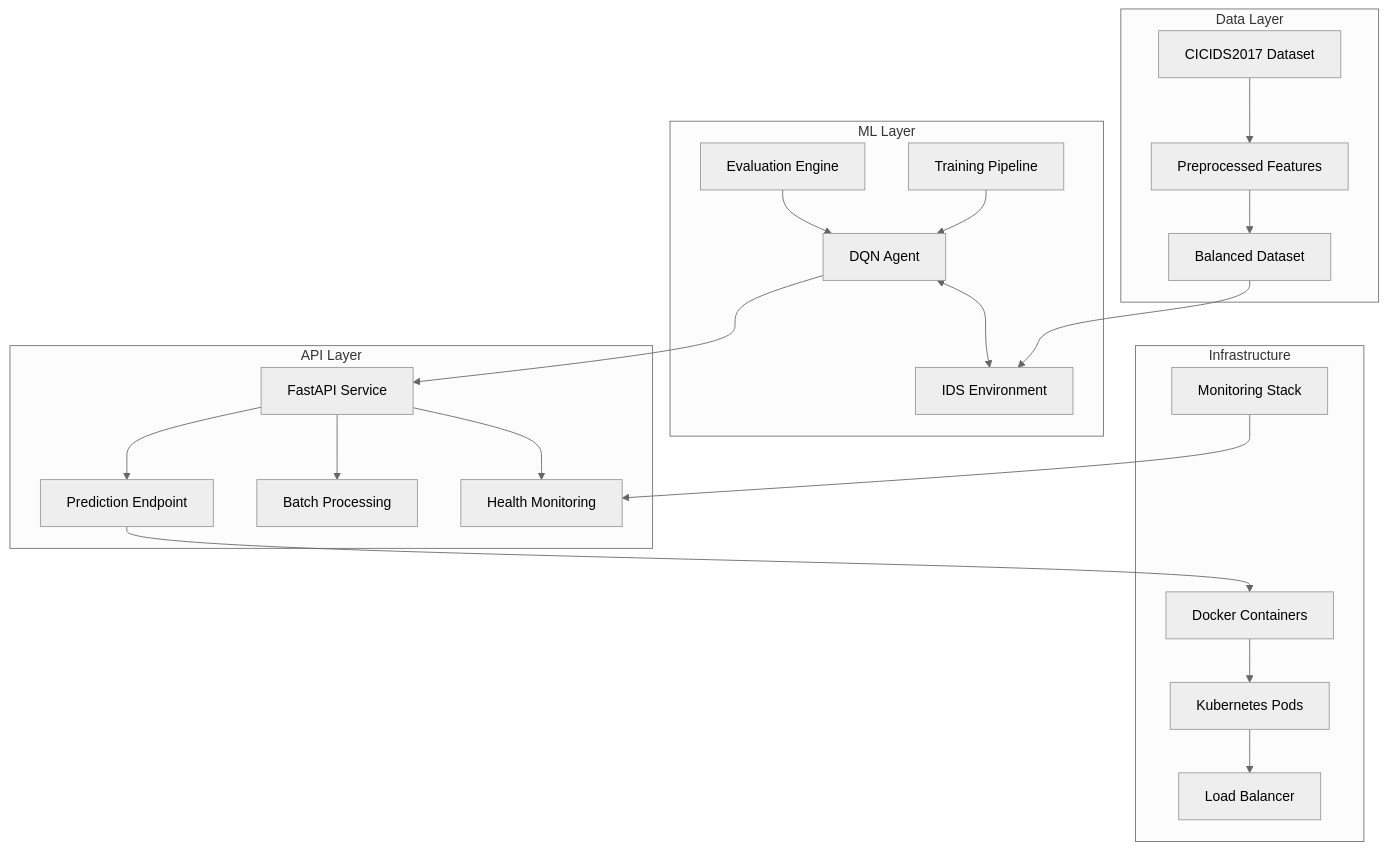
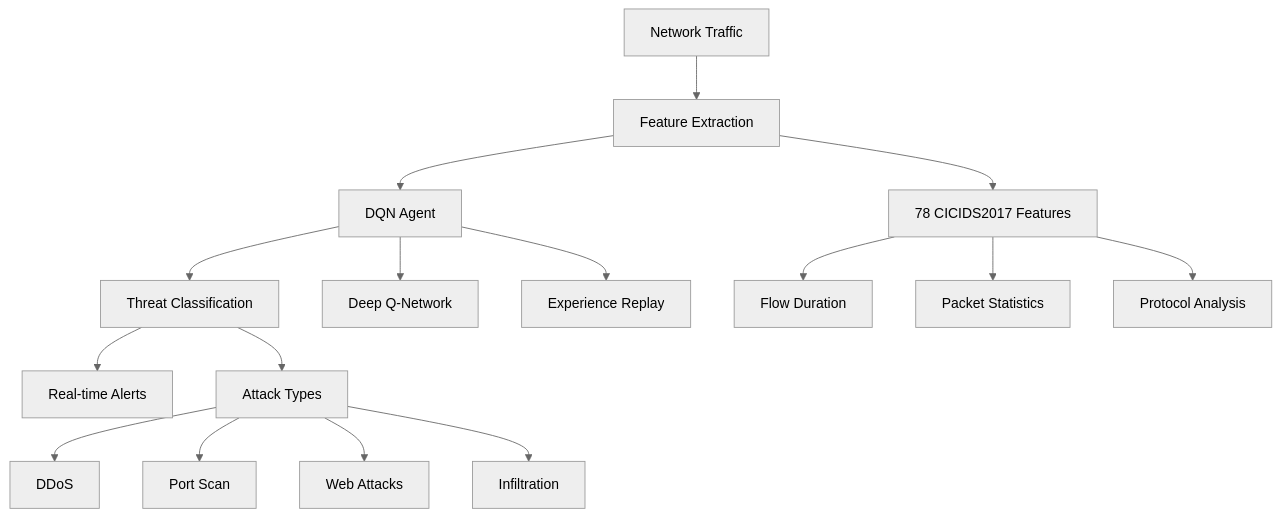
The diagram in README.md (yashpotdar-py/rl-ids), drawn with Mermaid (neutral theme) before and after one commit. The commit also changed other lines of this file and 41 other files, not shown here.

First line of the commit message:
feat: Add comprehensive user guide for RL-IDS including installation, network and website monitoring

````diff
--- a/README.md
+++ b/README.md
@@ -114,43 +67,21 @@
 ```mermaid
 graph TB
-    subgraph "Data Layer"
-        D1[CICIDS2017 Dataset]
-        D2[Preprocessed Features]
-        D3[Balanced Dataset]
-    end
+    A[Network Traffic] --> B[Feature Extraction]
+    B --> C[DQN Agent]
+    C --> D[Threat Classification]
+    D --> E[Real-time Alerts]
     
-    subgraph "ML Layer"
-        M1[DQN Agent]
-        M2[IDS Environment]
-        M3[Training Pipeline]
-        M4[Evaluation Engine]
-    end
+    B --> F[78 CICIDS2017 Features]
+    C --> G[Deep Q-Network]
+    C --> H[Experience Replay]
+    D --> I[Attack Types]
     
-    subgraph "API Layer"
-        A1[FastAPI Service]
-        A2[Prediction Endpoint]
-        A3[Batch Processing]
-        A4[Health Monitoring]
-    end
+    F --> F1[Flow Duration]
+    F --> F2[Packet Statistics]
+    F --> F3[Protocol Analysis]
     
-    subgraph "Infrastructure"
-        I1[Docker Containers]
-        I2[Kubernetes Pods]
-        I3[Load Balancer]
-        I4[Monitoring Stack]
-    end
-    
-    D1 --> D2 --> D3
-    D3 --> M2
-    M1 <--> M2
-    M3 --> M1
-    M4 --> M1
-    M1 --> A1
-    A1 --> A2
-    A1 --> A3
-    A1 --> A4
-    A2 --> I1
-    I1 --> I2
-    I2 --> I3
-    I4 --> A4
+    I --> I1[DDoS]
+    I --> I2[Port Scan]
+    I --> I3[Web Attacks]
+    I --> I4[Infiltration]
 ```
````
